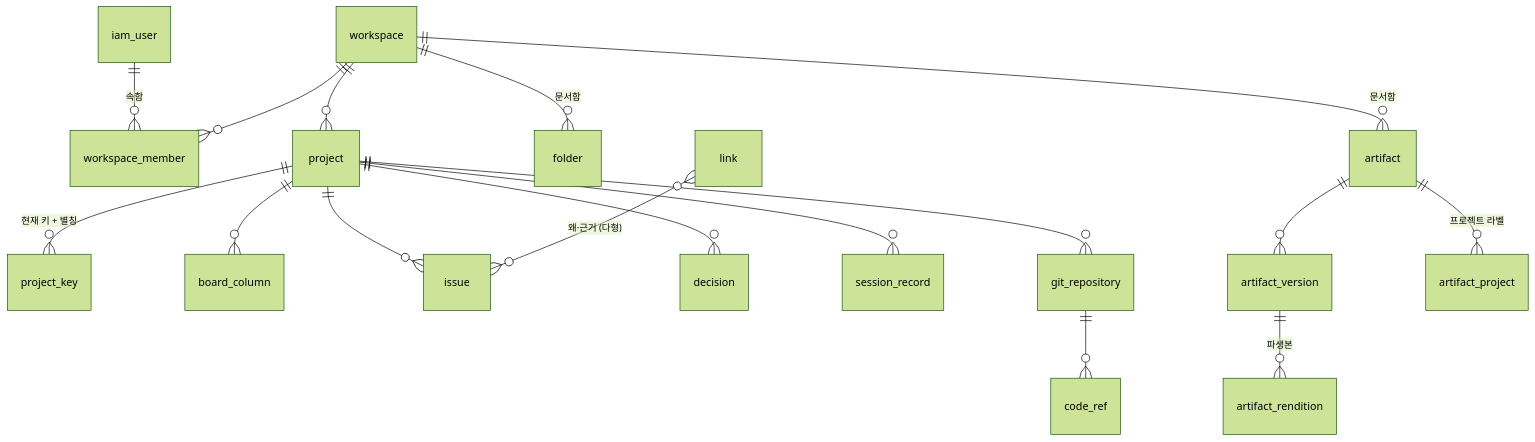
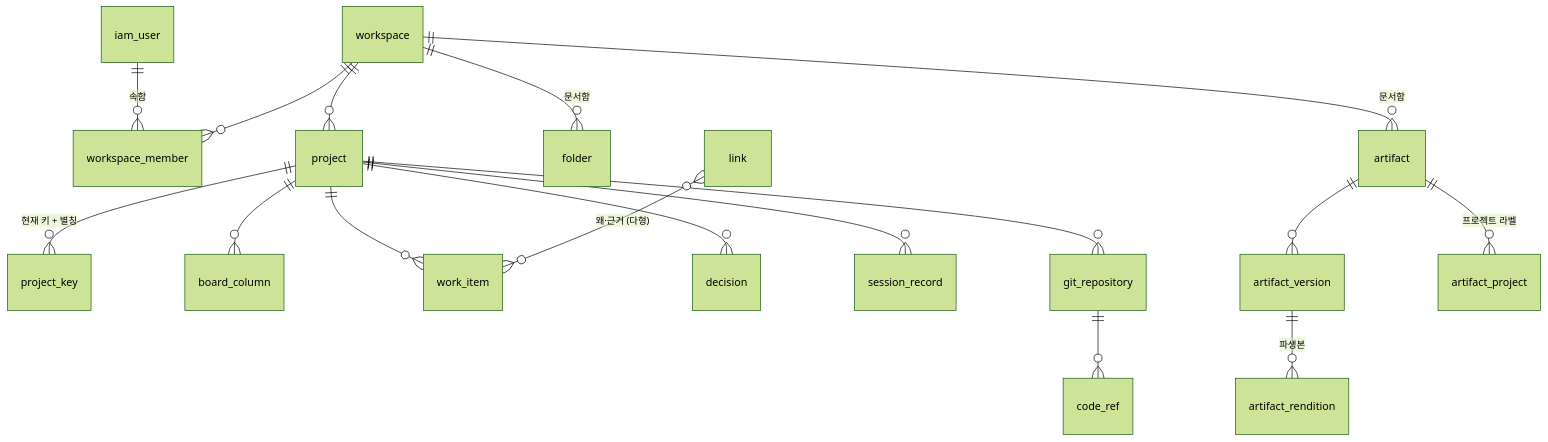
One commit to dev-goraebap/better-issue-tracker changed the diagram in docs/06-schema.md. Above: the diagram before and after it, drawn with Mermaid (forest theme). The commit also changed other lines of this file and 292 other files, not shown here.

First line of the commit message:
refactor: an issue is a work item everywhere but the Korean screens, which say 업무 (BIT-36, D-091)

````diff
--- a/docs/06-schema.md
+++ b/docs/06-schema.md
@@ -26,19 +26,19 @@
 ```mermaid
 erDiagram
   iam_user ||--o{ workspace_member : "속함"
   workspace ||--o{ workspace_member : ""
   workspace ||--o{ project : ""
   workspace ||--o{ folder : "문서함"
   workspace ||--o{ artifact : "문서함"
   project ||--o{ project_key : "현재 키 + 별칭"
   project ||--o{ board_column : ""
-  project ||--o{ issue : ""
+  project ||--o{ work_item : ""
   project ||--o{ decision : ""
   project ||--o{ session_record : ""
   project ||--o{ git_repository : ""
   git_repository ||--o{ code_ref : ""
   artifact ||--o{ artifact_version : ""
   artifact_version ||--o{ artifact_rendition : "파생본"
   artifact ||--o{ artifact_project : "프로젝트 라벨"
-  link }o--o{ issue : "왜·근거 (다형)"
+  link }o--o{ work_item : "왜·근거 (다형)"
 ```
````
